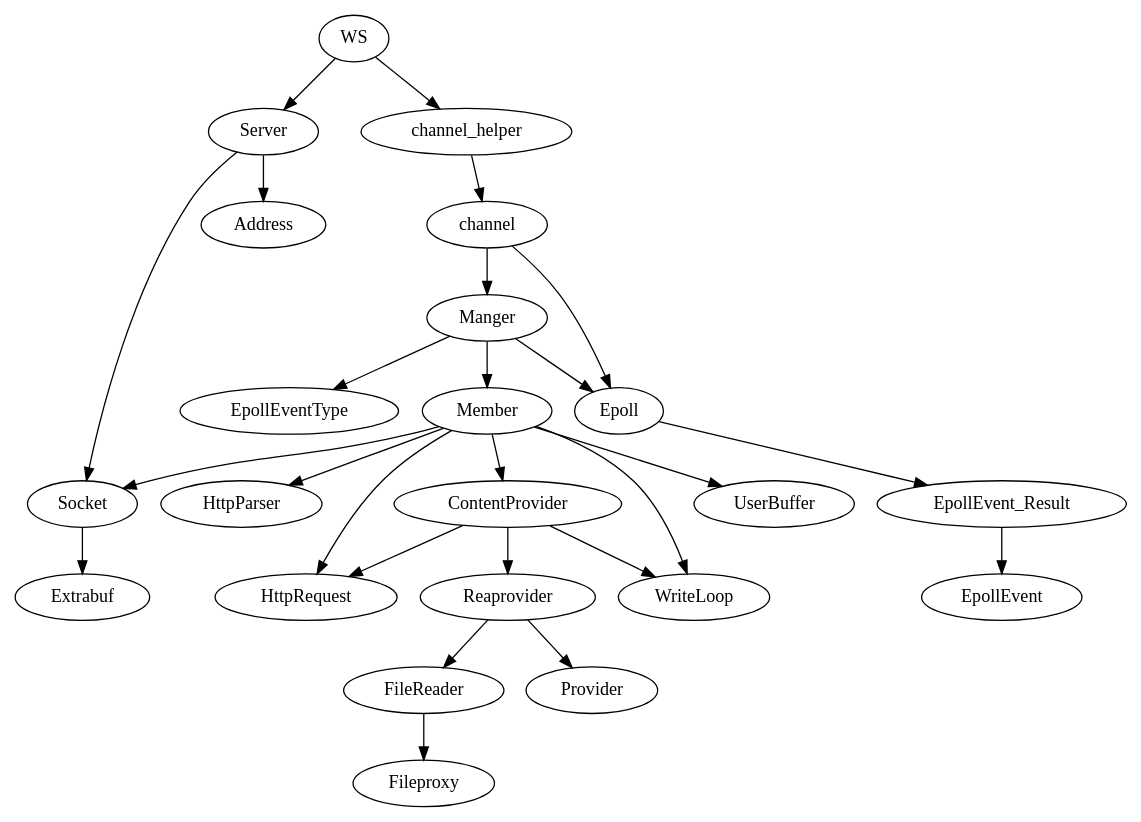
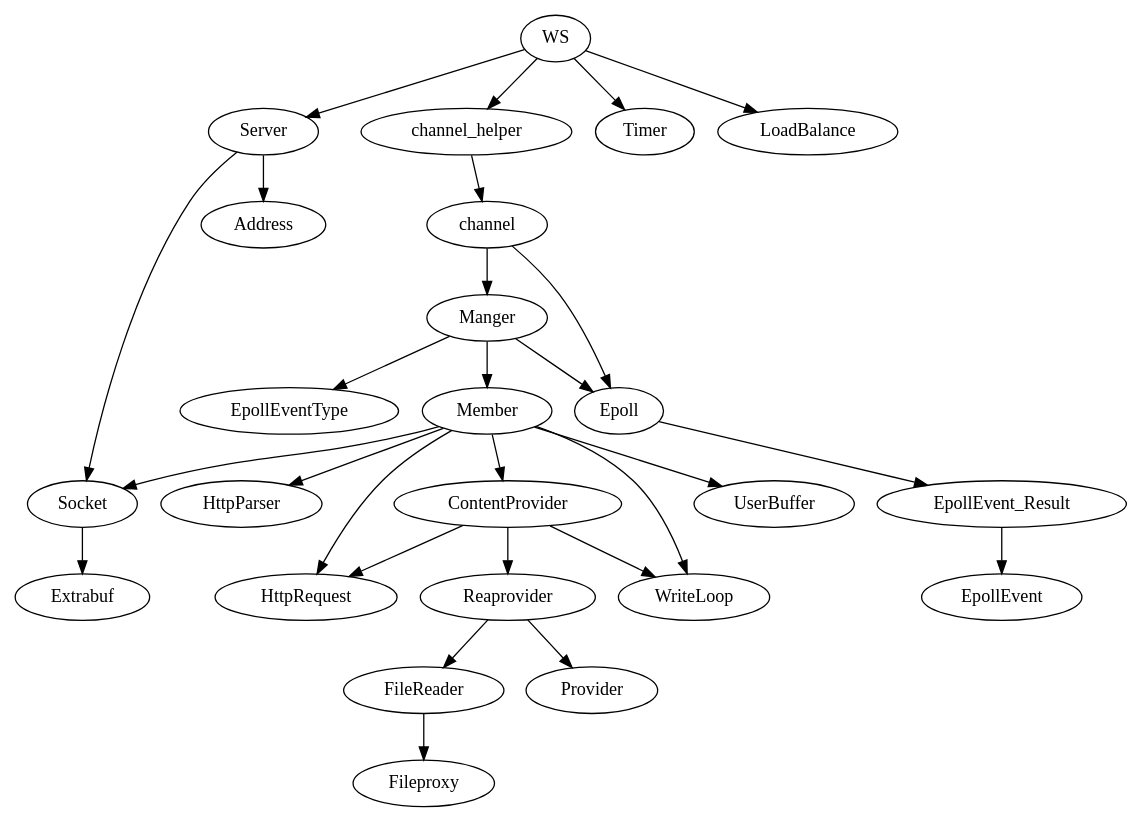
The diagram in graph.dot (Super-long/RabbitServer), drawn with Graphviz before and after one commit. The commit also changed 9 other files, not shown here.

```diff
--- a/graph.dot
+++ b/graph.dot
@@ -1,14 +1,14 @@
 digraph config{
-    WS -> {channel_helper, Server}  // Manger,Epoll,Server这三个确实有，但是加上影响图的绘制；
+    WS -> {channel_helper, Server, Timer, LoadBalance}  // Manger,Epoll,Server这三个确实有，但是加上影响图的绘制；
     channel_helper -> {channel, channel, channel}
     channel -> {Manger,Epoll}
     Epoll -> {EpollEvent_Result}
     EpollEvent_Result -> {EpollEvent}
     Server ->{Socket,Address}
     Socket -> {Extrabuf}
     Manger -> {Member,Epoll,EpollEventType}
     Member -> {HttpParser,HttpRequest,Socket,WriteLoop,ContentProvider,UserBuffer}
     ContentProvider -> {Reaprovider,HttpRequest,WriteLoop}
     Reaprovider -> {FileReader,Provider}
     FileReader -> {Fileproxy}
 }
```
